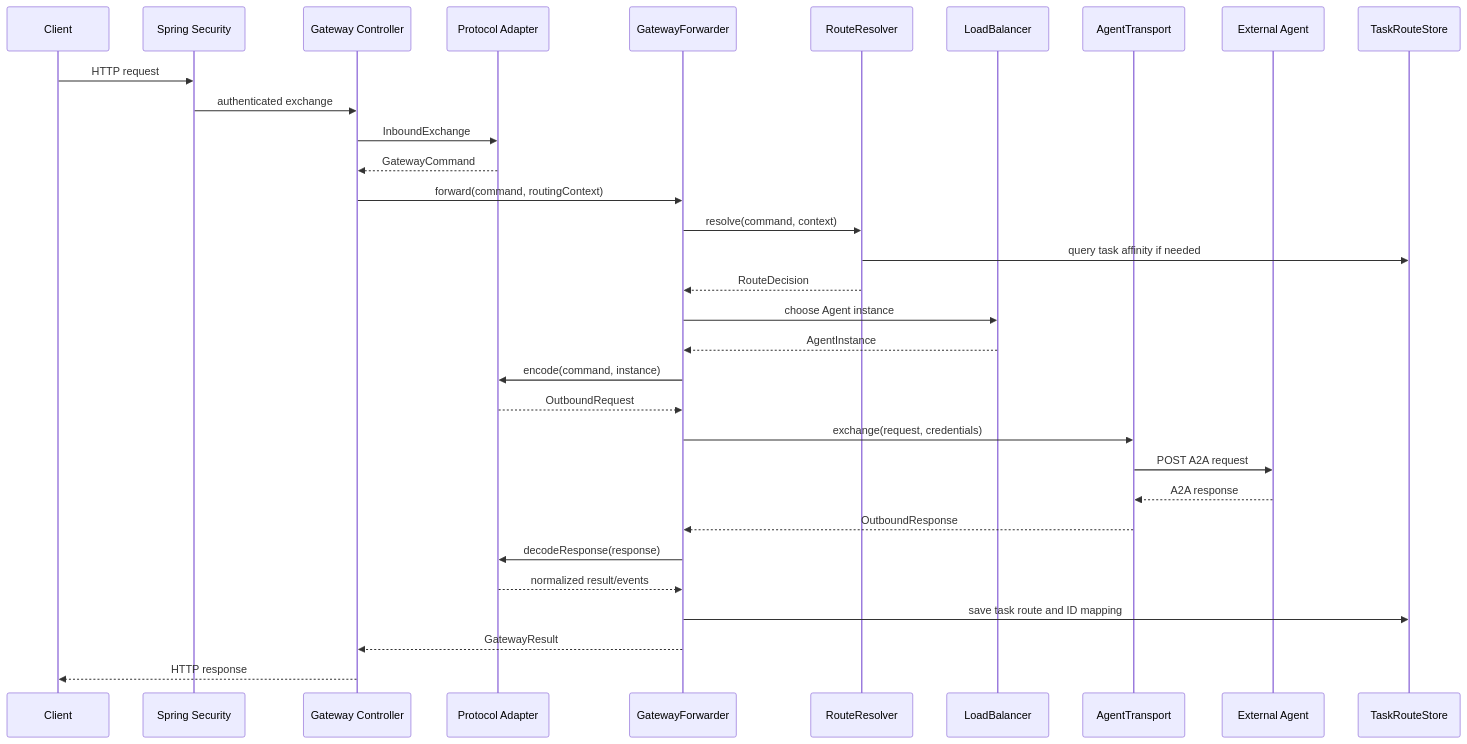
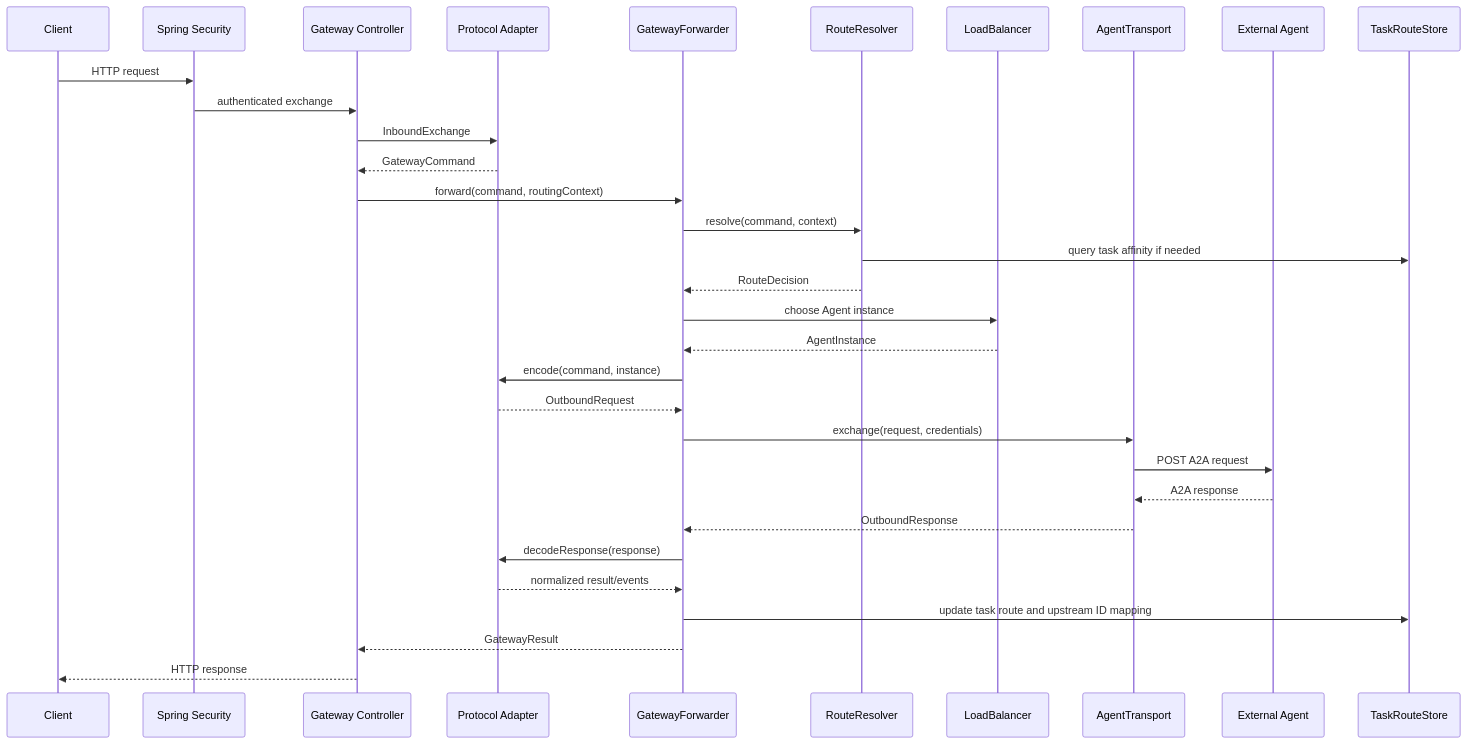
Before and after one commit to YIZ-ops/a2a4j-gateway: the diagram in docs/agent-gateway/request-forwarding-flow.md, drawn with Mermaid. The commit also changed other lines of this file and 68 other files, not shown here.

````diff
--- a/docs/agent-gateway/request-forwarding-flow.md
+++ b/docs/agent-gateway/request-forwarding-flow.md
@@ -9,35 +10,35 @@
 ```mermaid
 sequenceDiagram
     participant C as Client
     participant S as Spring Security
     participant GC as Gateway Controller
     participant PA as Protocol Adapter
     participant GF as GatewayForwarder
     participant RR as RouteResolver
     participant LB as LoadBalancer
     participant T as AgentTransport
     participant A as External Agent
     participant TS as TaskRouteStore
 
     C->>S: HTTP request
     S->>GC: authenticated exchange
     GC->>PA: InboundExchange
     PA-->>GC: GatewayCommand
     GC->>GF: forward(command, routingContext)
     GF->>RR: resolve(command, context)
     RR->>TS: query task affinity if needed
     RR-->>GF: RouteDecision
     GF->>LB: choose Agent instance
     LB-->>GF: AgentInstance
     GF->>PA: encode(command, instance)
     PA-->>GF: OutboundRequest
     GF->>T: exchange(request, credentials)
     T->>A: POST A2A request
     A-->>T: A2A response
     T-->>GF: OutboundResponse
     GF->>PA: decodeResponse(response)
     PA-->>GF: normalized result/events
-    GF->>TS: save task route and ID mapping
+    GF->>TS: update task route and upstream ID mapping
     GF-->>GC: GatewayResult
     GC-->>C: HTTP response
 ```
````
